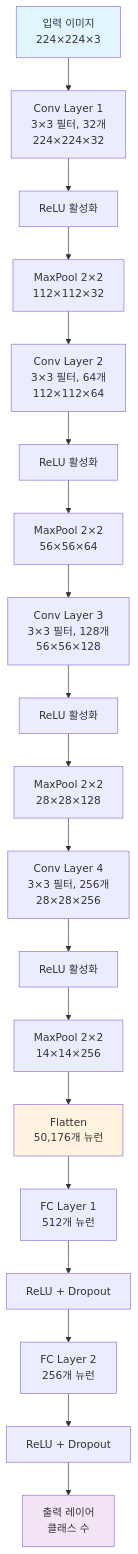
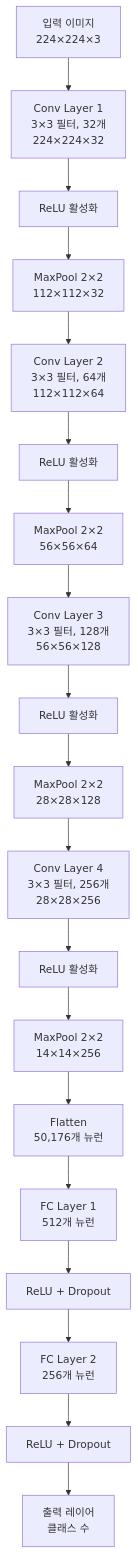
One commit to c0z0c/sprint_mission changed the first of 7 diagrams in 스터디/이미지와_컴퓨터미전_학습자료.md. Above: the diagram before and after it, drawn with Mermaid. The commit also changed other lines of this file and 1 other file, not shown here.

Commit message:
mermaid 오류 수정

````diff
--- a/스터디/이미지와_컴퓨터미전_학습자료.md
+++ b/스터디/이미지와_컴퓨터미전_학습자료.md
@@ -1655,29 +1654,25 @@
 ```mermaid
 graph TD
     A[입력 이미지<br/>224×224×3] --> B[Conv Layer 1<br/>3×3 필터, 32개<br/>224×224×32]
     B --> C[ReLU 활성화]
     C --> D[MaxPool 2×2<br/>112×112×32]
     
     D --> E[Conv Layer 2<br/>3×3 필터, 64개<br/>112×112×64]
     E --> F[ReLU 활성화]
     F --> G[MaxPool 2×2<br/>56×56×64]
     
     G --> H[Conv Layer 3<br/>3×3 필터, 128개<br/>56×56×128]
     H --> I[ReLU 활성화]
     I --> J[MaxPool 2×2<br/>28×28×128]
     
     J --> K[Conv Layer 4<br/>3×3 필터, 256개<br/>28×28×256]
     K --> L[ReLU 활성화]
     L --> M[MaxPool 2×2<br/>14×14×256]
     
     M --> N[Flatten<br/>50,176개 뉴런]
     N --> O[FC Layer 1<br/>512개 뉴런]
     O --> P[ReLU + Dropout]
     P --> Q[FC Layer 2<br/>256개 뉴런]
     Q --> R[ReLU + Dropout]
     R --> S[출력 레이어<br/>클래스 수]
-    
-    style A fill:#e1f5fe
-    style S fill:#f3e5f5
-    style N fill:#fff3e0
 ```
````
